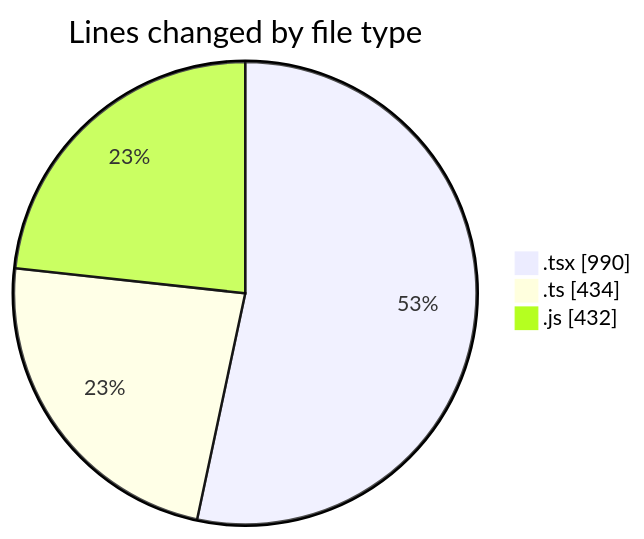
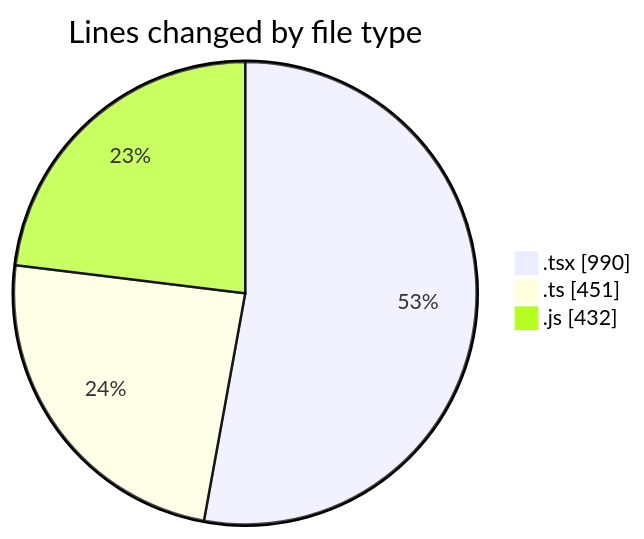
One commit to momahboobian/code-tracking changed the first of 2 diagrams in 2026-05-29/cda/README.md. Above: the diagram before and after it, drawn with Mermaid. The commit also changed other lines of this file and 1 other file, not shown here.

````diff
--- a/2026-05-29/cda/README.md
+++ b/2026-05-29/cda/README.md
@@ -35,7 +35,7 @@
 ```mermaid
 pie showData
 title Lines changed by file type
 ".tsx" : 990
-".ts" : 434
+".ts" : 451
 ".js" : 432
 ```
````
